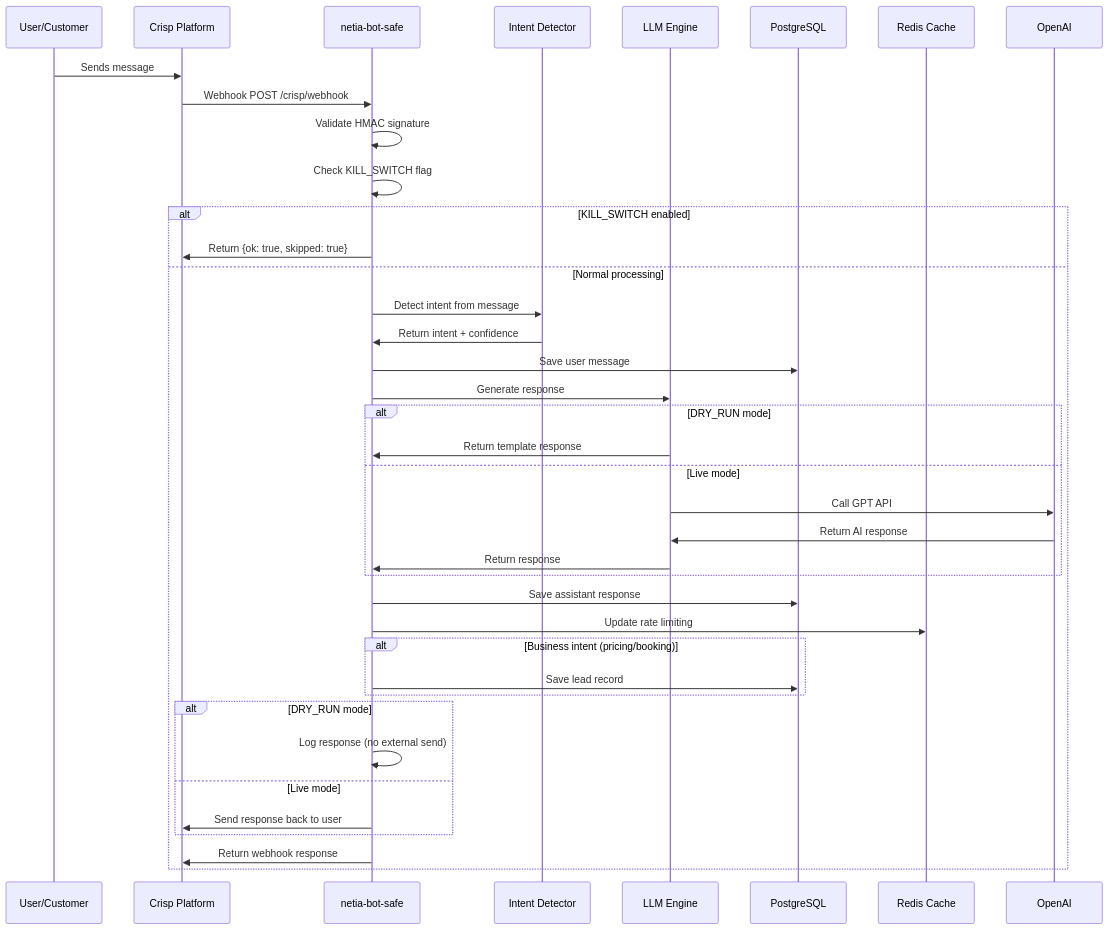
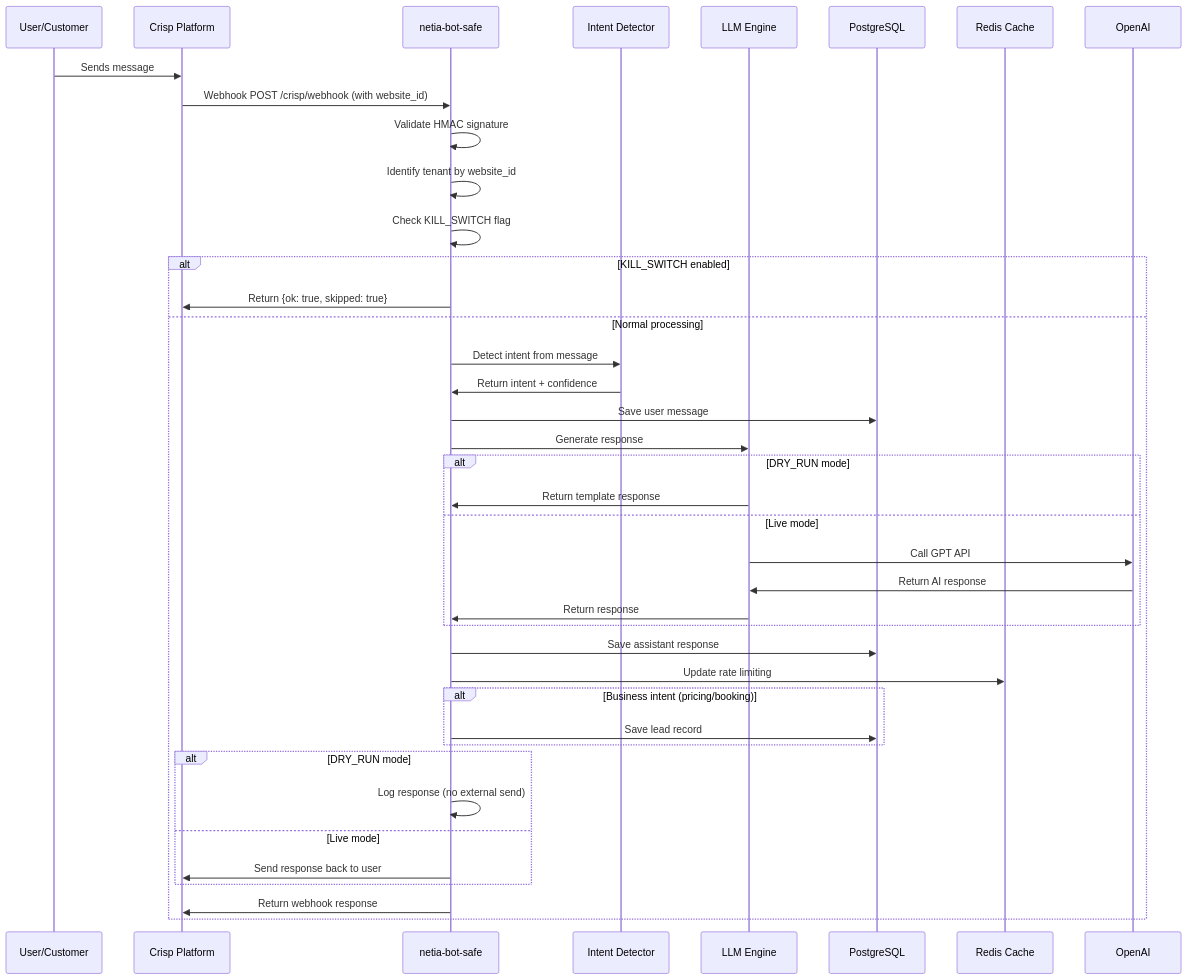
One commit to cabecaturbo/Ai-Chatbot-v1 changed the third of 9 diagrams in legacy/aidocs/03-architecture.md. Above: the diagram before and after it, drawn with Mermaid. The commit also changed other lines of this file and 57 other files, not shown here.

````diff
--- a/legacy/aidocs/03-architecture.md
+++ b/legacy/aidocs/03-architecture.md
@@ -124,48 +124,49 @@
 ```mermaid
 sequenceDiagram
     participant User as User/Customer
     participant Crisp as Crisp Platform
     participant API as netia-bot-safe
     participant Intent as Intent Detector
     participant LLM as LLM Engine
     participant DB as PostgreSQL
     participant Redis as Redis Cache
     
     User->>Crisp: Sends message
-    Crisp->>API: Webhook POST /crisp/webhook
+    Crisp->>API: Webhook POST /crisp/webhook (with website_id)
     API->>API: Validate HMAC signature
+    API->>API: Identify tenant by website_id
     API->>API: Check KILL_SWITCH flag
     
     alt KILL_SWITCH enabled
         API->>Crisp: Return {ok: true, skipped: true}
     else Normal processing
         API->>Intent: Detect intent from message
         Intent->>API: Return intent + confidence
         
         API->>DB: Save user message
         API->>LLM: Generate response
         
         alt DRY_RUN mode
             LLM->>API: Return template response
         else Live mode
             LLM->>OpenAI: Call GPT API
             OpenAI->>LLM: Return AI response
             LLM->>API: Return response
         end
         
         API->>DB: Save assistant response
         API->>Redis: Update rate limiting
         
         alt Business intent (pricing/booking)
             API->>DB: Save lead record
         end
         
         alt DRY_RUN mode
             API->>API: Log response (no external send)
         else Live mode
             API->>Crisp: Send response back to user
         end
         
         API->>Crisp: Return webhook response
     end
 ```
````
